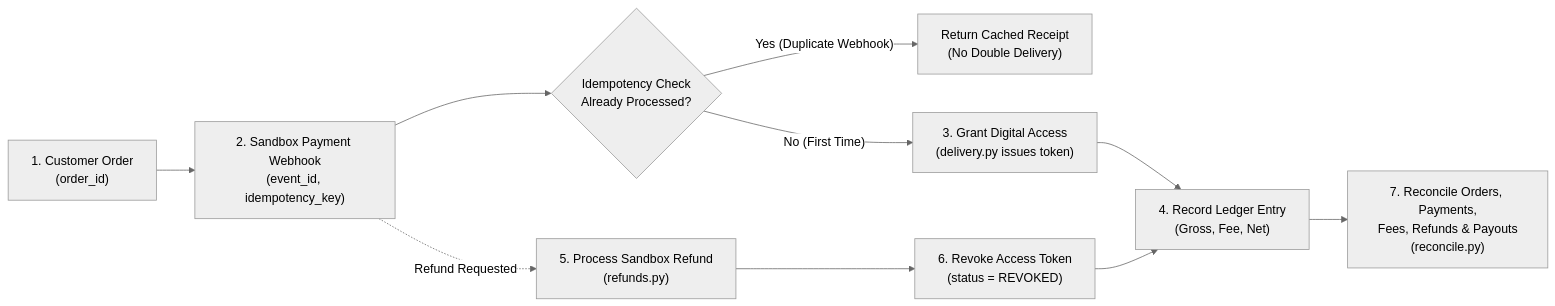
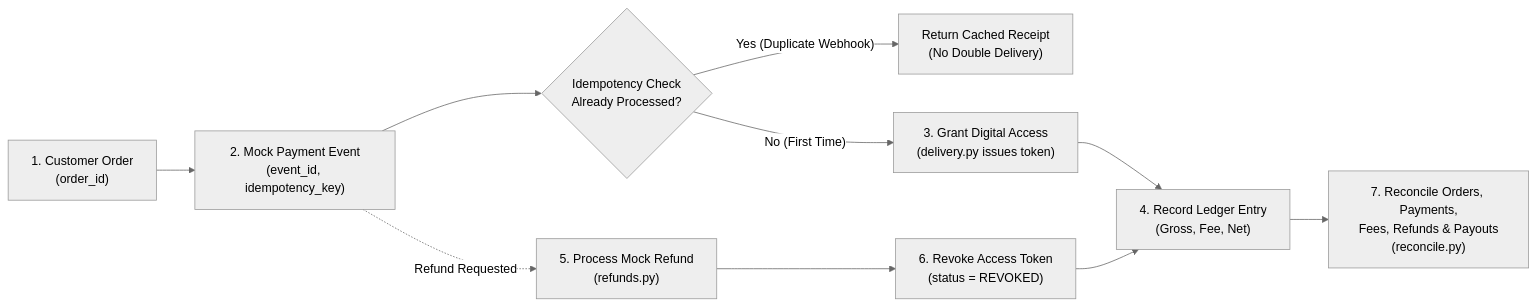
The second of 3 diagrams in ARCHITECTURE.md (moazezzat-sudo/agentic-venture-builder), drawn with Mermaid (neutral theme) before and after one commit. The commit also changed other lines of this file and 17 other files, not shown here.

````diff
--- a/ARCHITECTURE.md
+++ b/ARCHITECTURE.md
@@ -107,12 +107,12 @@
 ```mermaid
 flowchart LR
-    Order["1. Customer Order\n(order_id)"] --> Pay["2. Sandbox Payment Webhook\n(event_id, idempotency_key)"]
+    Order["1. Customer Order\n(order_id)"] --> Pay["2. Mock Payment Event\n(event_id, idempotency_key)"]
     Pay --> Idem{"Idempotency Check\nAlready Processed?"}
     Idem -- "Yes (Duplicate Webhook)" --> NoOp["Return Cached Receipt\n(No Double Delivery)"]
     Idem -- "No (First Time)" --> Deliver["3. Grant Digital Access\n(delivery.py issues token)"]
     Deliver --> Ledger["4. Record Ledger Entry\n(Gross, Fee, Net)"]
-    Pay -. "Refund Requested" .-> Refund["5. Process Sandbox Refund\n(refunds.py)"]
+    Pay -. "Refund Requested" .-> Refund["5. Process Mock Refund\n(refunds.py)"]
     Refund --> Revoke["6. Revoke Access Token\n(status = REVOKED)"]
     Revoke --> Ledger
     Ledger --> Reconcile["7. Reconcile Orders, Payments,\nFees, Refunds & Payouts\n(reconcile.py)"]
 ```
````
